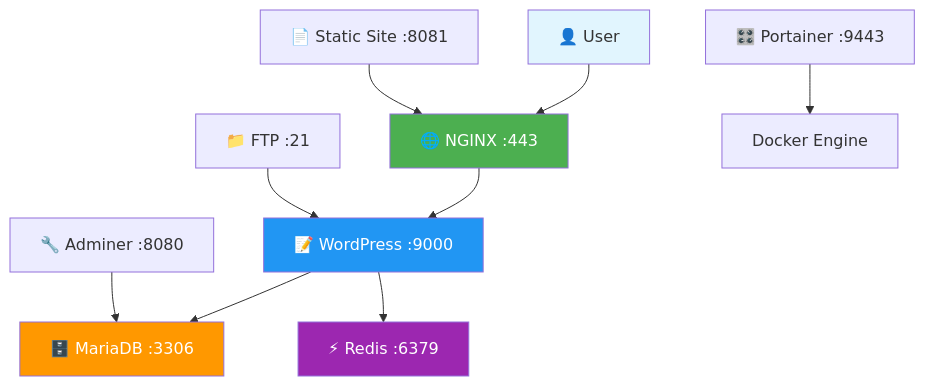
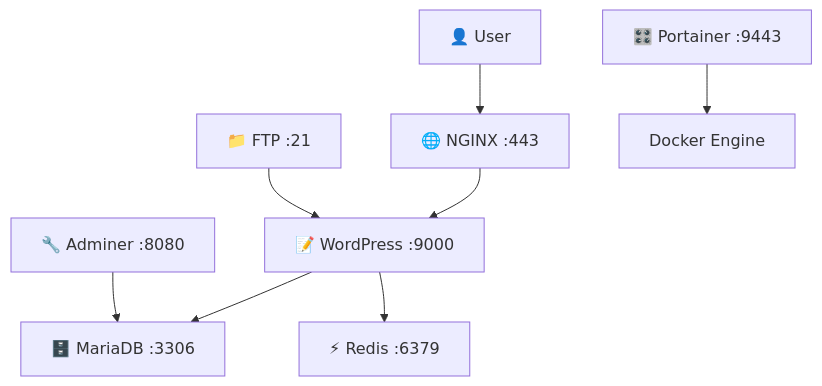
Before and after one commit to mel-mehdi/inception: the diagram in README.md, drawn with Mermaid. The commit also changed other lines of this file, not shown here.

````diff
--- a/README.md
+++ b/README.md
@@ -81,18 +30,11 @@
 ```mermaid
 graph TD
     A[👤 User] --> B[🌐 NGINX :443]
     B --> C[📝 WordPress :9000]
     C --> D[🗄️ MariaDB :3306]
     C --> E[⚡ Redis :6379]
-    
+
     F[🔧 Adminer :8080] --> D
     G[📁 FTP :21] --> C
     H[🎛️ Portainer :9443] --> I[Docker Engine]
-    J[📄 Static Site :8081] --> B
-    
-    style A fill:#e1f5fe
-    style B fill:#4caf50,color:#fff
-    style C fill:#2196f3,color:#fff
-    style D fill:#ff9800,color:#fff
-    style E fill:#9c27b0,color:#fff
 ```
````
